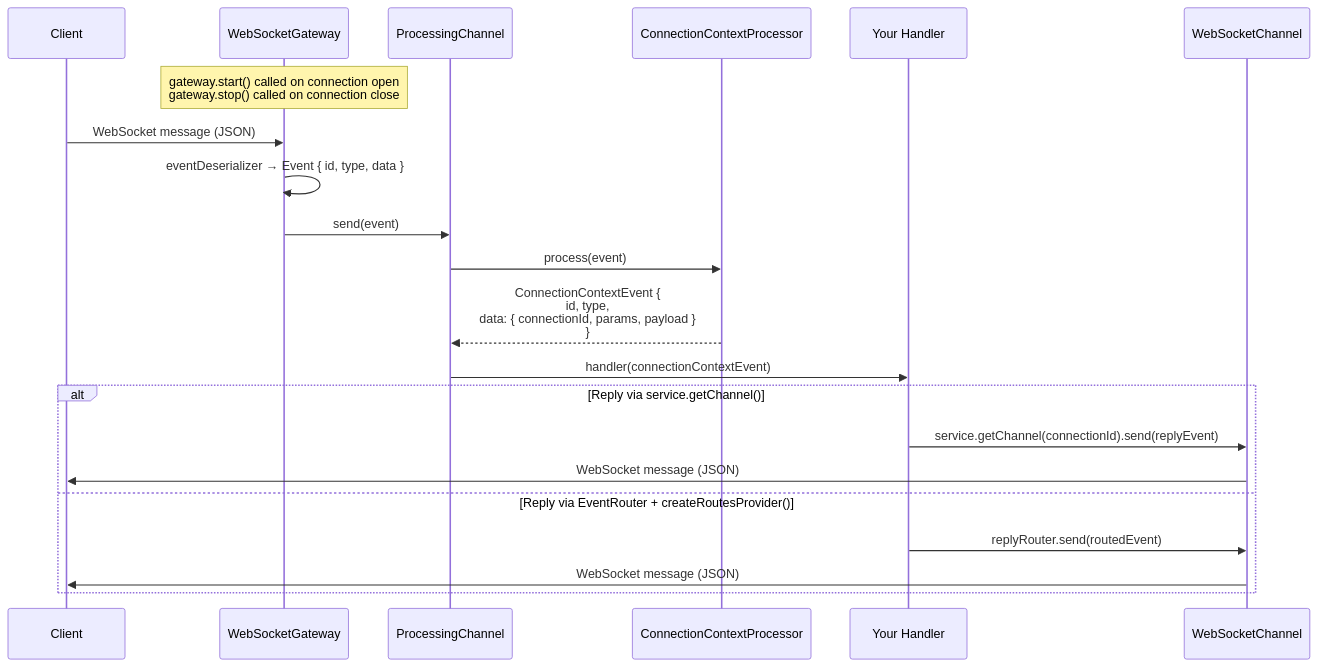
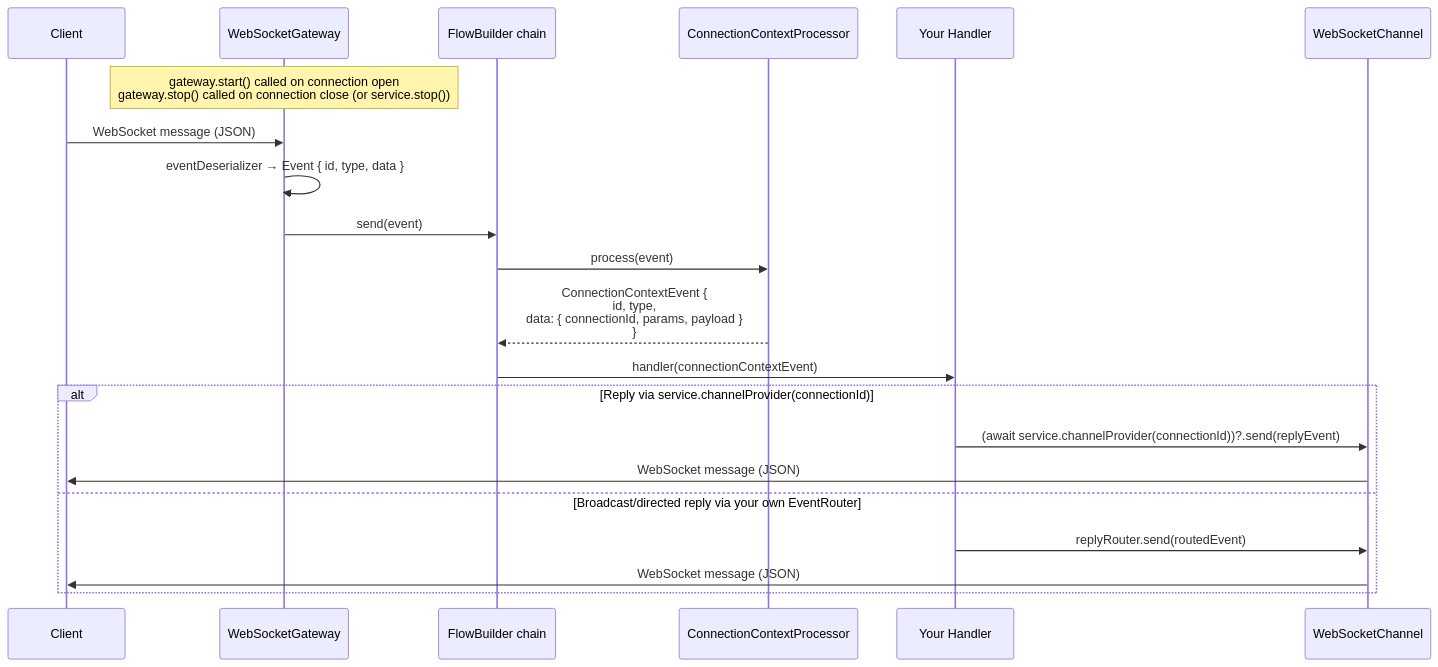
The third of 4 diagrams in docs/web-socket.md (sektek/synaptik-express), drawn with Mermaid before and after one commit. The commit also changed other lines of this file and 4 other files, not shown here.

First line of the commit message:
refactor: reshape WebSocketService into a connection registry

````diff
--- a/docs/web-socket.md
+++ b/docs/web-socket.md
@@ -143,28 +141,28 @@
 ```mermaid
 sequenceDiagram
     participant Client
     participant Gateway as WebSocketGateway
-    participant PC as ProcessingChannel
+    participant Flow as FlowBuilder chain
     participant Processor as ConnectionContextProcessor
     participant Handler as Your Handler
     participant Channel as WebSocketChannel
 
-    Note over Gateway: gateway.start() called on connection open<br/>gateway.stop() called on connection close
+    Note over Gateway: gateway.start() called on connection open<br/>gateway.stop() called on connection close (or service.stop())
 
     Client->>Gateway: WebSocket message (JSON)
     Gateway->>Gateway: eventDeserializer → Event { id, type, data }
-    Gateway->>PC: send(event)
+    Gateway->>Flow: send(event)
 
-    PC->>Processor: process(event)
-    Processor-->>PC: ConnectionContextEvent {<br/>  id, type,<br/>  data: { connectionId, params, payload }<br/>}
+    Flow->>Processor: process(event)
+    Processor-->>Flow: ConnectionContextEvent {<br/>  id, type,<br/>  data: { connectionId, params, payload }<br/>}
 
-    PC->>Handler: handler(connectionContextEvent)
+    Flow->>Handler: handler(connectionContextEvent)
 
-    alt Reply via service.getChannel()
-        Handler->>Channel: service.getChannel(connectionId).send(replyEvent)
+    alt Reply via service.channelProvider(connectionId)
+        Handler->>Channel: (await service.channelProvider(connectionId))?.send(replyEvent)
         Channel->>Client: WebSocket message (JSON)
-    else Reply via EventRouter + createRoutesProvider()
+    else Broadcast/directed reply via your own EventRouter
         Handler->>Channel: replyRouter.send(routedEvent)
         Channel->>Client: WebSocket message (JSON)
     end
 ```
````
